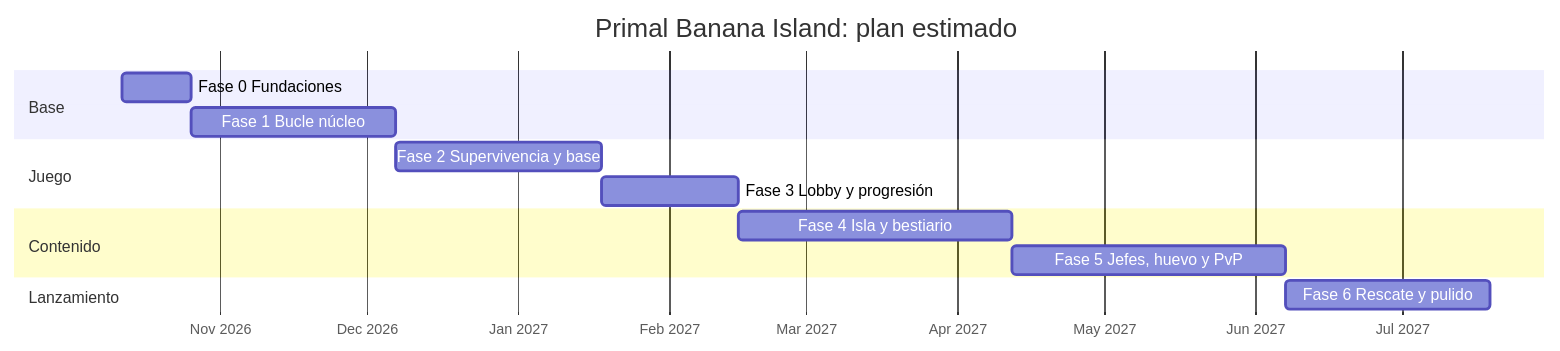
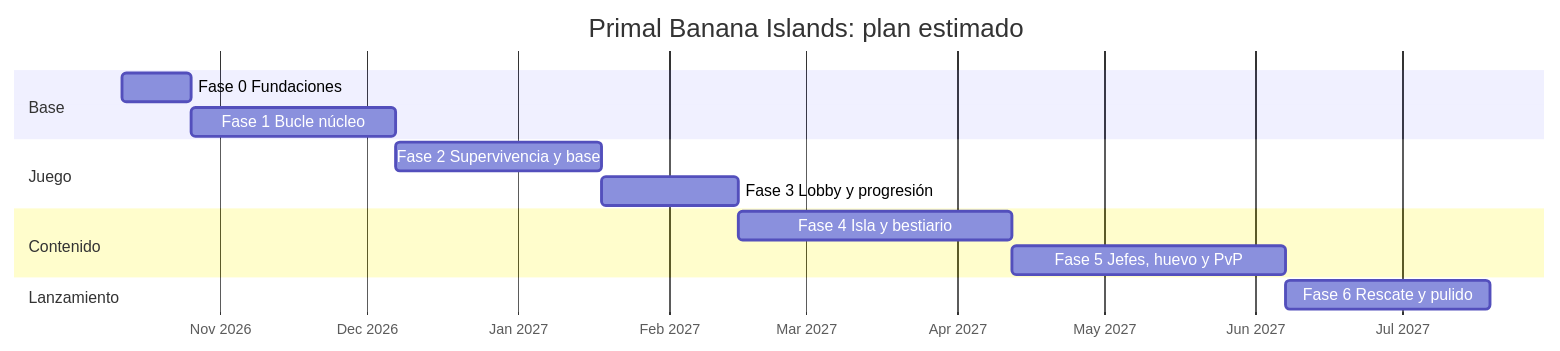
One commit to Discosofia/Monkey_Island_2026 changed the third of 3 diagrams in docs/PLAN.md. Above: the diagram before and after it, drawn with Mermaid. The commit also changed other lines of this file and 19 other files, not shown here.

First line of the commit message:
Archipiélago alrededor del Lobby y nuevo nombre: Primal Banana Islands

````diff
--- a/docs/PLAN.md
+++ b/docs/PLAN.md
@@ -303,17 +303,17 @@
 ```mermaid
 gantt
-  title Primal Banana Island: plan estimado
+  title Primal Banana Islands: plan estimado
   dateFormat YYYY-MM-DD
   axisFormat %b %Y
   section Base
   Fase 0 Fundaciones           :f0, 2026-10-12, 14d
   Fase 1 Bucle núcleo          :f1, after f0, 42d
   section Juego
   Fase 2 Supervivencia y base  :f2, after f1, 42d
   Fase 3 Lobby y progresión    :f3, after f2, 28d
   section Contenido
   Fase 4 Isla y bestiario      :f4, after f3, 56d
   Fase 5 Jefes, huevo y PvP    :f5, after f4, 56d
   section Lanzamiento
   Fase 6 Rescate y pulido      :f6, after f5, 42d
 ```
````
